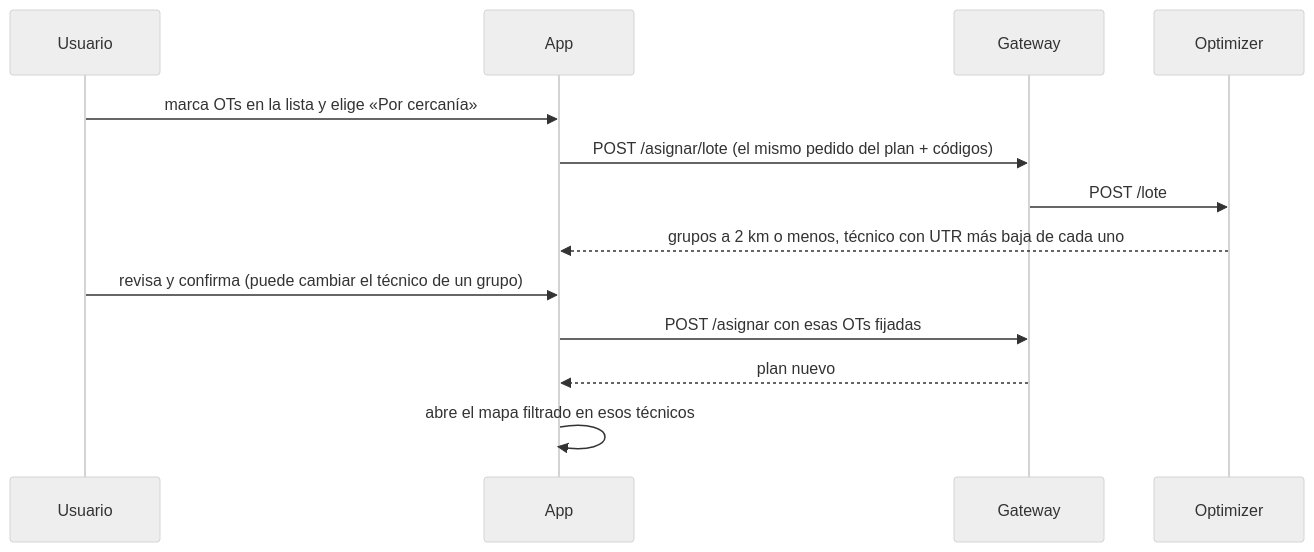
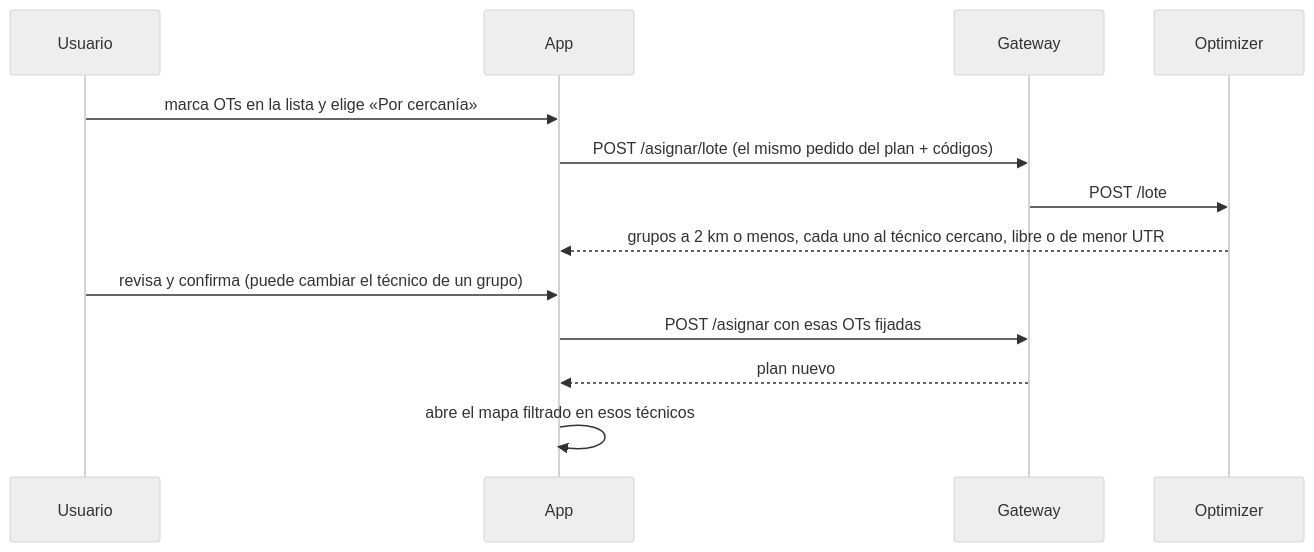
One commit to dinovisanchez/Ruteo changed the third of 3 diagrams in docs/ARQUITECTURA.md. Above: the diagram before and after it, drawn with Mermaid (neutral theme). The commit also changed other lines of this file and 9 other files, not shown here.

````diff
--- a/docs/ARQUITECTURA.md
+++ b/docs/ARQUITECTURA.md
@@ -190,15 +190,15 @@
 ```mermaid
 sequenceDiagram
   participant U as Usuario
   participant A as App
   participant G as Gateway
   participant O as Optimizer
   U->>A: marca OTs en la lista y elige «Por cercanía»
   A->>G: POST /asignar/lote (el mismo pedido del plan + códigos)
   G->>O: POST /lote
-  O-->>A: grupos a 2 km o menos, técnico con UTR más baja de cada uno
+  O-->>A: grupos a 2 km o menos, cada uno al técnico cercano, libre o de menor UTR
   U->>A: revisa y confirma (puede cambiar el técnico de un grupo)
   A->>G: POST /asignar con esas OTs fijadas
   G-->>A: plan nuevo
   A->>A: abre el mapa filtrado en esos técnicos
 ```
````
